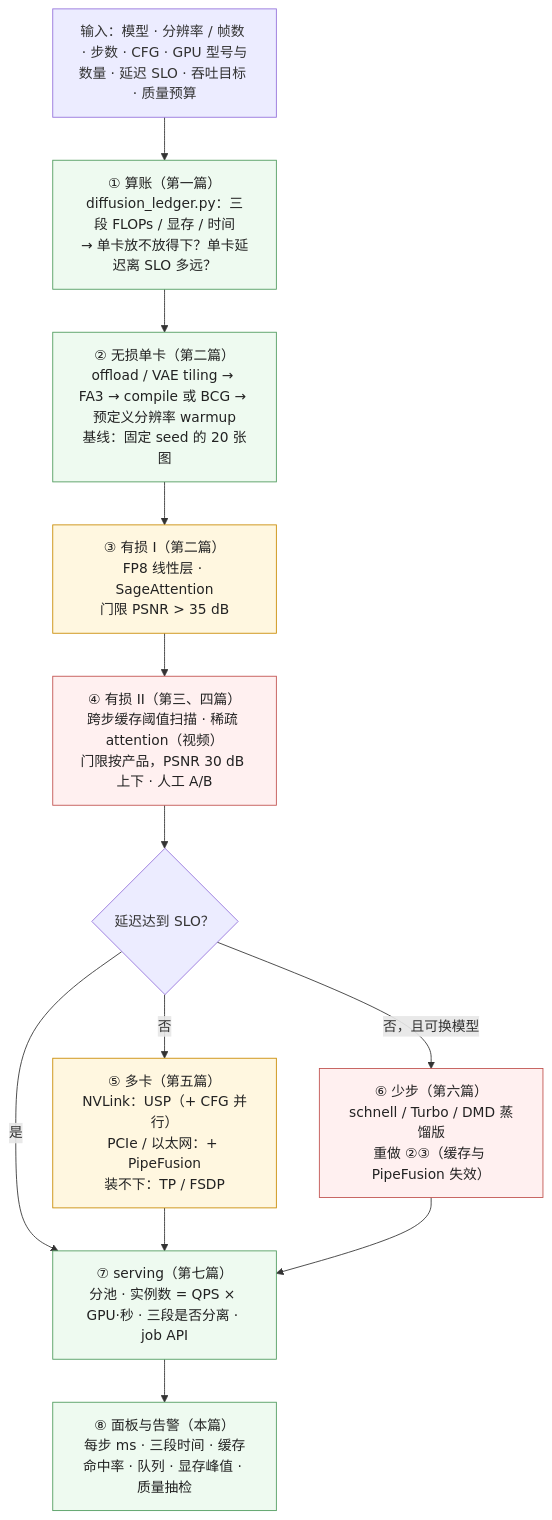
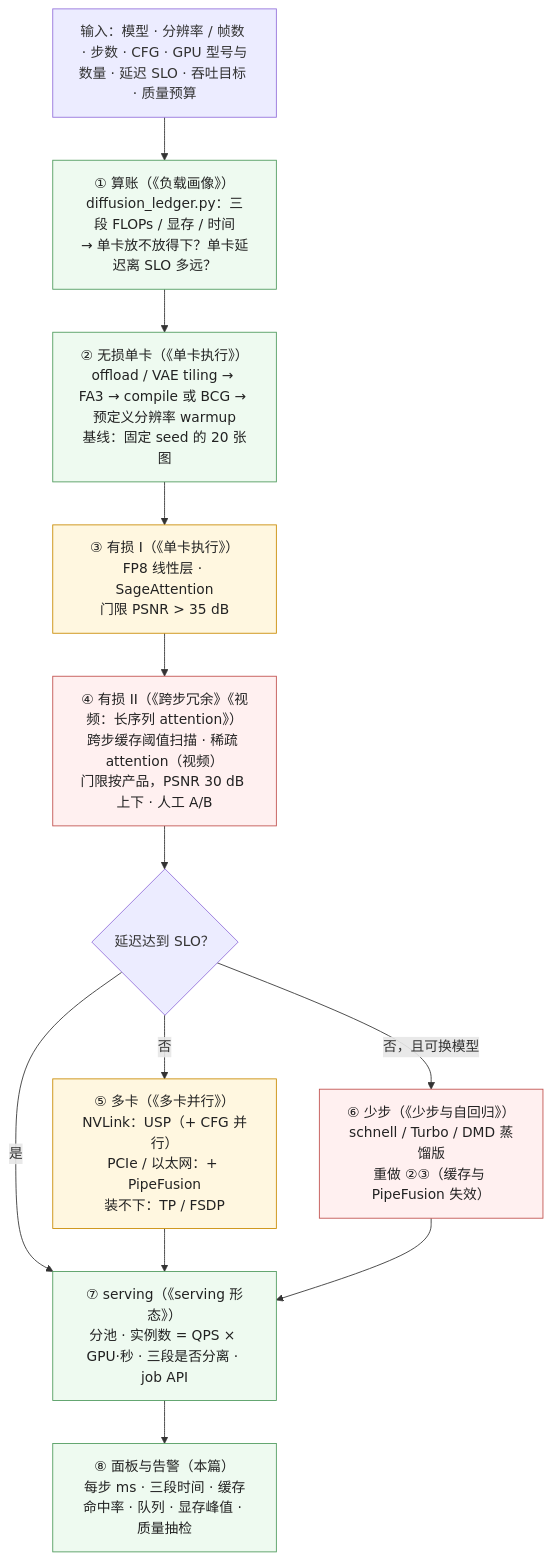
One commit to arganzheng/arganzheng.github.com changed the second of 2 diagrams in _posts/2026-09-13-diffusion-inference-configuration-evaluation-and-troubleshooting.md. Above: the diagram before and after it, drawn with Mermaid. The commit also changed other lines of this file, not shown here.

````diff
--- a/_posts/2026-09-13-diffusion-inference-configuration-evaluation-and-troubleshooting.md
+++ b/_posts/2026-09-13-diffusion-inference-configuration-evaluation-and-troubleshooting.md
@@ -53,37 +53,37 @@
 ```mermaid
 %% 图：配置的推导顺序：算账 → 无损单卡 → 有损 I → 有损 II → 延迟仍不达 SLO 则多卡
 flowchart TB
-    S0["输入：模型 · 分辨率 / 帧数 · 步数 · CFG · GPU 型号与数量 · 延迟 SLO · 吞吐目标 · 质量预算"] --> S1["① 算账（第一篇）
+    S0["输入：模型 · 分辨率 / 帧数 · 步数 · CFG · GPU 型号与数量 · 延迟 SLO · 吞吐目标 · 质量预算"] --> S1["① 算账（《负载画像》）
 diffusion_ledger.py：三段 FLOPs / 显存 / 时间
 → 单卡放不放得下？单卡延迟离 SLO 多远？"]
-    S1 --> S2["② 无损单卡（第二篇）
+    S1 --> S2["② 无损单卡（《单卡执行》）
 offload / VAE tiling → FA3 → compile 或 BCG → 预定义分辨率 warmup
 基线：固定 seed 的 20 张图"]
-    S2 --> S3["③ 有损 I（第二篇）
+    S2 --> S3["③ 有损 I（《单卡执行》）
 FP8 线性层 · SageAttention
 门限 PSNR > 35 dB"]
-    S3 --> S4["④ 有损 II（第三、四篇）
+    S3 --> S4["④ 有损 II（《跨步冗余》《视频：长序列 attention》）
 跨步缓存阈值扫描 · 稀疏 attention（视频）
 门限按产品，PSNR 30 dB 上下 · 人工 A/B"]
     S4 --> S5{"延迟达到 SLO？"}
-    S5 -- "否" --> S6["⑤ 多卡（第五篇）
+    S5 -- "否" --> S6["⑤ 多卡（《多卡并行》）
 NVLink：USP（+ CFG 并行）
 PCIe / 以太网：+ PipeFusion
 装不下：TP / FSDP"]
-    S5 -- "否，且可换模型" --> S7["⑥ 少步（第六篇）
+    S5 -- "否，且可换模型" --> S7["⑥ 少步（《少步与自回归》）
 schnell / Turbo / DMD 蒸馏版
 重做 ②③（缓存与 PipeFusion 失效）"]
-    S5 -- "是" --> S8["⑦ serving（第七篇）
+    S5 -- "是" --> S8["⑦ serving（《serving 形态》）
 分池 · 实例数 = QPS × GPU·秒 · 三段是否分离 · job API"]
     S6 --> S8
     S7 --> S8
     S8 --> S9["⑧ 面板与告警（本篇）
 每步 ms · 三段时间 · 缓存命中率 · 队列 · 显存峰值 · 质量抽检"]
 
     classDef ok fill:#eefaf0,stroke:#4d9a5c,color:#222
     classDef warn fill:#fff7e0,stroke:#c98a00,color:#222
     classDef bad fill:#fff0f0,stroke:#c0504d,color:#222
     class S1,S2,S8,S9 ok
     class S3,S6 warn
     class S4,S7 bad
 ```
````
